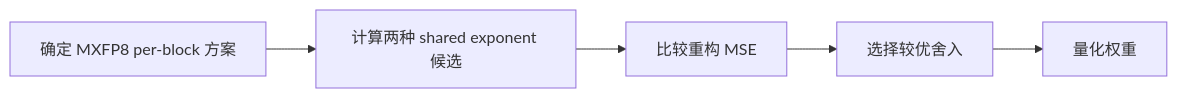
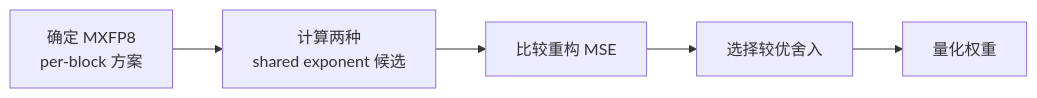
One commit to mindstudio-docs/master changed the diagram in msmodelslim/docs/zh/knowledge_base/quantization_algorithms/mse_round/usage_mse_round.md. Above: the diagram before and after it, drawn with Mermaid. The commit also changed other lines of this file and 235 other files, not shown here.

````diff
--- a/msmodelslim/docs/zh/knowledge_base/quantization_algorithms/mse_round/usage_mse_round.md
+++ b/msmodelslim/docs/zh/knowledge_base/quantization_algorithms/mse_round/usage_mse_round.md
@@ -24,7 +27,7 @@
 ```mermaid
 flowchart LR
-    A[确定 MXFP8 per-block 方案] --> B[计算两种 shared exponent 候选]
-    B[计算两种 shared exponent 候选] --> C[比较重构 MSE]
-    C[比较重构 MSE] --> D[选择较优舍入]
-    D[选择较优舍入] --> E[量化权重]
+    A[确定 MXFP8<br/>per-block 方案] --> B[计算两种<br/>shared exponent 候选]
+    B --> C[比较重构 MSE]
+    C --> D[选择较优舍入]
+    D --> E[量化权重]
 ```
````
